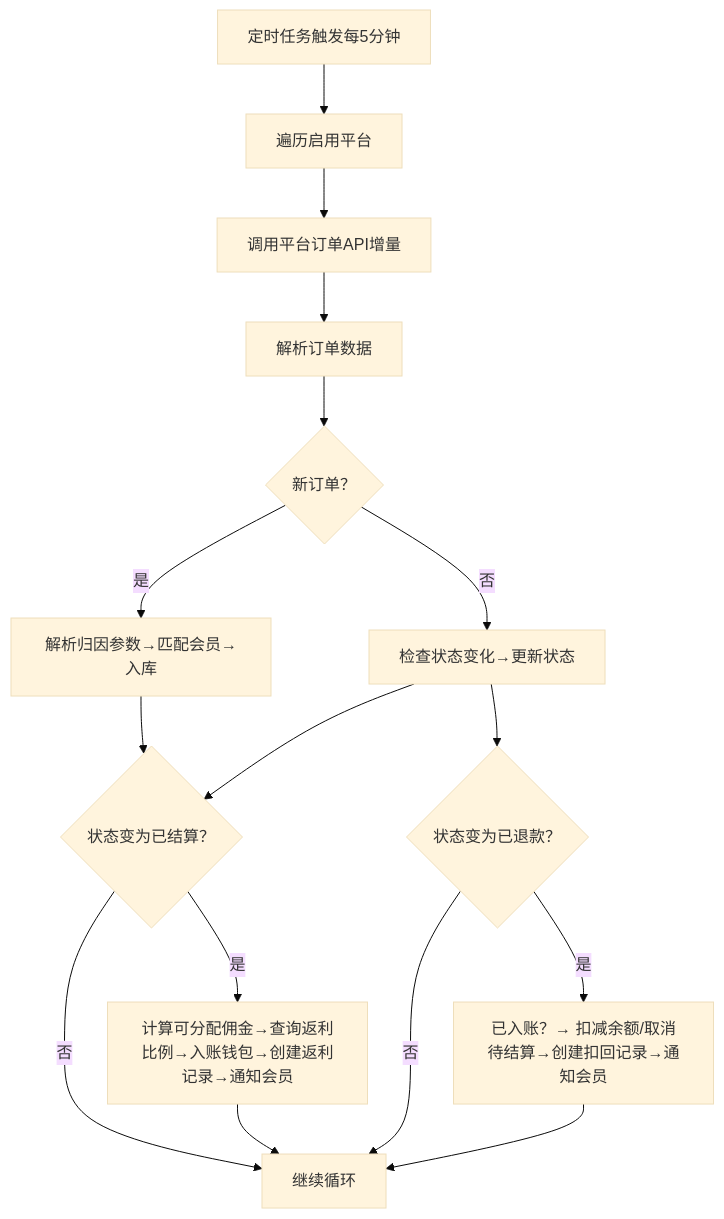
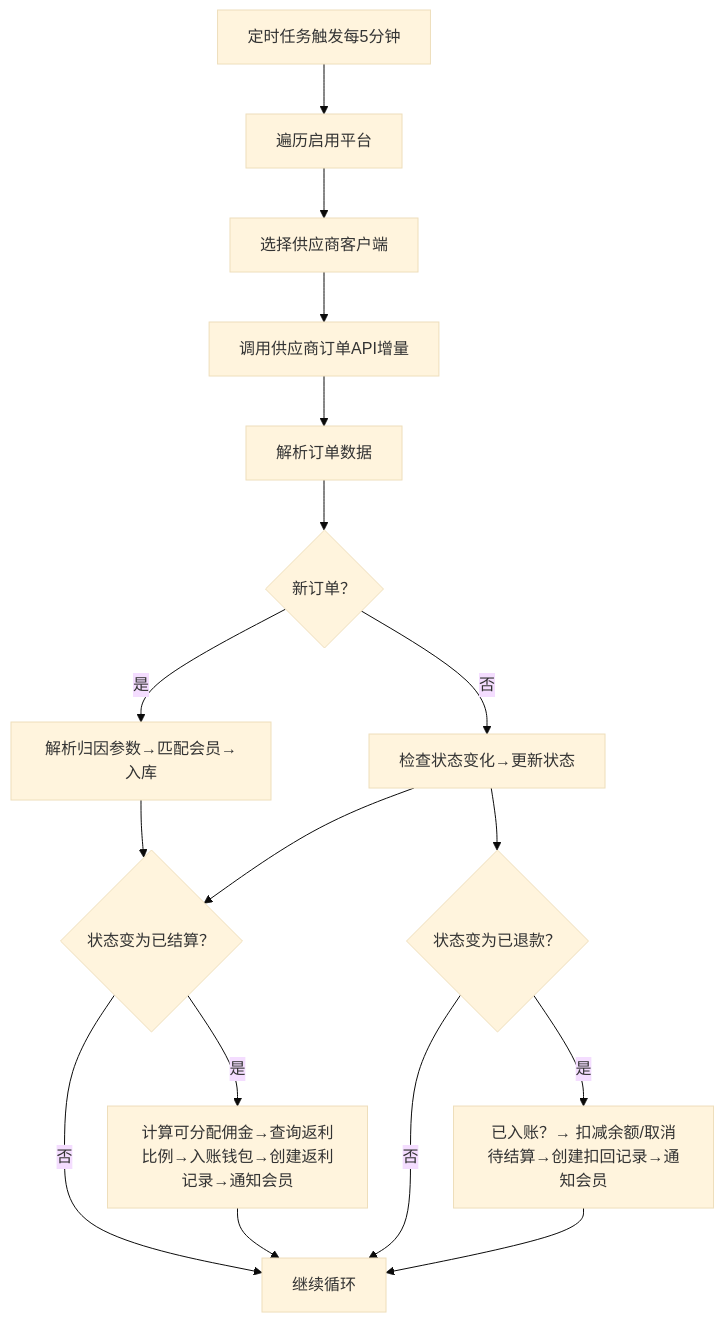
One commit to zhuangpengLI/AgenticCPS changed the sixth of 11 diagrams in .qoder/repowiki/zh/content/后端服务架构/业务模块概览/CPS业务模块/CPS业务概述.md. Above: the diagram before and after it, drawn with Mermaid (base theme). The commit also changed other lines of this file and 9 other files, not shown here.

````diff
--- a/.qoder/repowiki/zh/content/后端服务架构/业务模块概览/CPS业务模块/CPS业务概述.md
+++ b/.qoder/repowiki/zh/content/后端服务架构/业务模块概览/CPS业务模块/CPS业务概述.md
@@ -234,18 +280,19 @@
 ```mermaid
 flowchart TD
 TRIG["定时任务触发每5分钟"] --> LOOP["遍历启用平台"]
-LOOP --> QUERY["调用平台订单API增量"]
+LOOP --> VENDOR["选择供应商客户端"]
+VENDOR --> QUERY["调用供应商订单API增量"]
 QUERY --> PARSE["解析订单数据"]
 PARSE --> NEW{"新订单？"}
 NEW --> |是| MATCHNEW["解析归因参数→匹配会员→入库"]
 NEW --> |否| UPDATE["检查状态变化→更新状态"]
 MATCHNEW --> CHECKSETTLE{"状态变为已结算？"}
 UPDATE --> CHECKSETTLE
 CHECKSETTLE --> |是| SETTLEFLOW["计算可分配佣金→查询返利比例→入账钱包→创建返利记录→通知会员"]
 CHECKSETTLE --> |否| NEXT["继续循环"]
 SETTLEFLOW --> NEXT
 UPDATE --> REFUND{"状态变为已退款？"}
 REFUND --> |是| REBACK["已入账？→ 扣减余额/取消待结算→创建扣回记录→通知会员"]
 REFUND --> |否| NEXT
 REBACK --> NEXT
 ```
````
